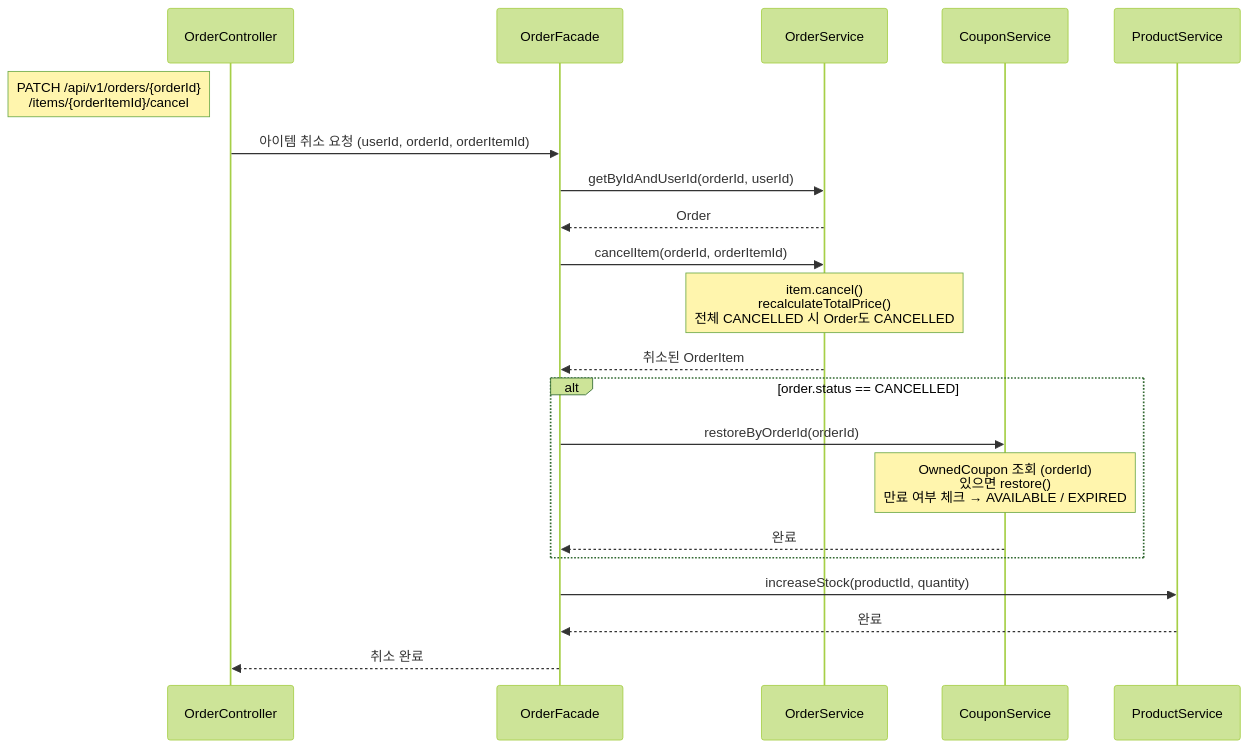
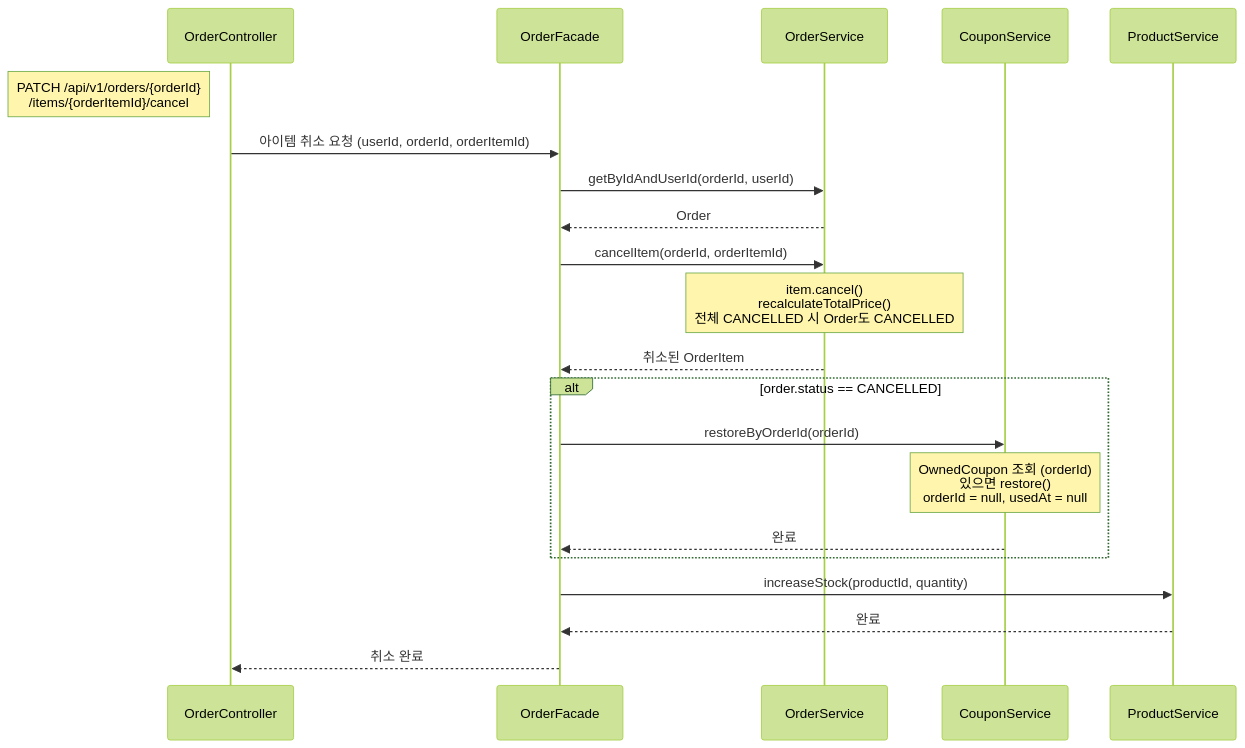
Before and after one commit to plan11plan/loop-pack-be-l2-vol3-java: the third of 5 diagrams in docs/design/coupon/DESIGN.md, drawn with Mermaid (forest theme). The commit also changed other lines of this file, not shown here.

Commit message:
docs: OwnedCoupon status 컬럼 제거 및 CAS Update 동시성 전략 반영

````diff
--- a/docs/design/coupon/DESIGN.md
+++ b/docs/design/coupon/DESIGN.md
@@ -320,28 +323,28 @@
 ```mermaid
 sequenceDiagram
     participant OC as OrderController
     participant OF as OrderFacade
     participant OS as OrderService
     participant CS as CouponService
     participant PS as ProductService
 
     Note left of OC: PATCH /api/v1/orders/{orderId}<br/>/items/{orderItemId}/cancel
     OC->>OF: 아이템 취소 요청 (userId, orderId, orderItemId)
     OF->>OS: getByIdAndUserId(orderId, userId)
     OS-->>OF: Order
 
     OF->>OS: cancelItem(orderId, orderItemId)
     Note over OS: item.cancel()<br/>recalculateTotalPrice()<br/>전체 CANCELLED 시 Order도 CANCELLED
     OS-->>OF: 취소된 OrderItem
 
     alt order.status == CANCELLED
         OF->>CS: restoreByOrderId(orderId)
-        Note over CS: OwnedCoupon 조회 (orderId)<br/>있으면 restore()<br/>만료 여부 체크 → AVAILABLE / EXPIRED
+        Note over CS: OwnedCoupon 조회 (orderId)<br/>있으면 restore()<br/>orderId = null, usedAt = null
         CS-->>OF: 완료
     end
 
     OF->>PS: increaseStock(productId, quantity)
     PS-->>OF: 완료
 
     OF-->>OC: 취소 완료
 ```
````
